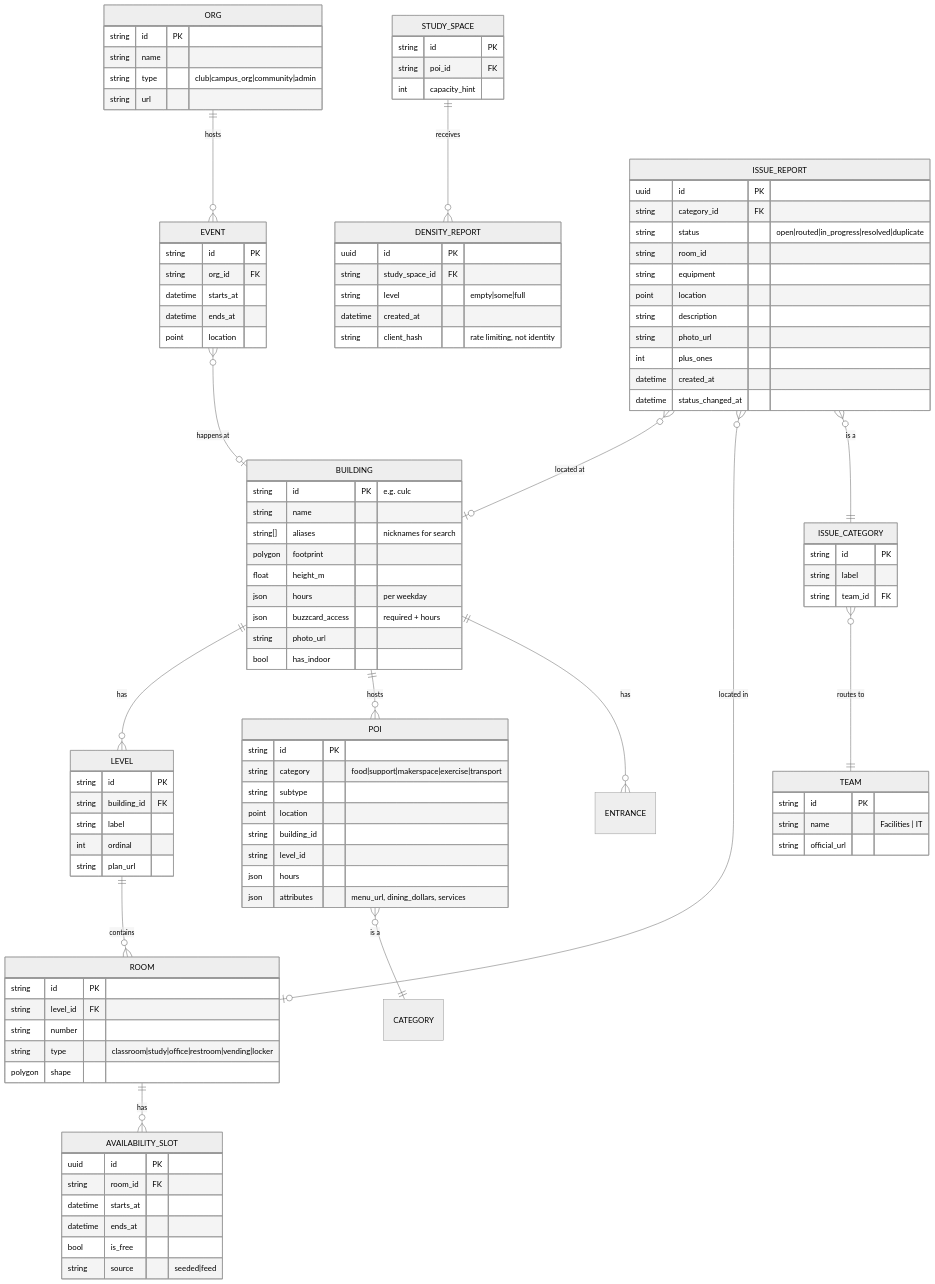
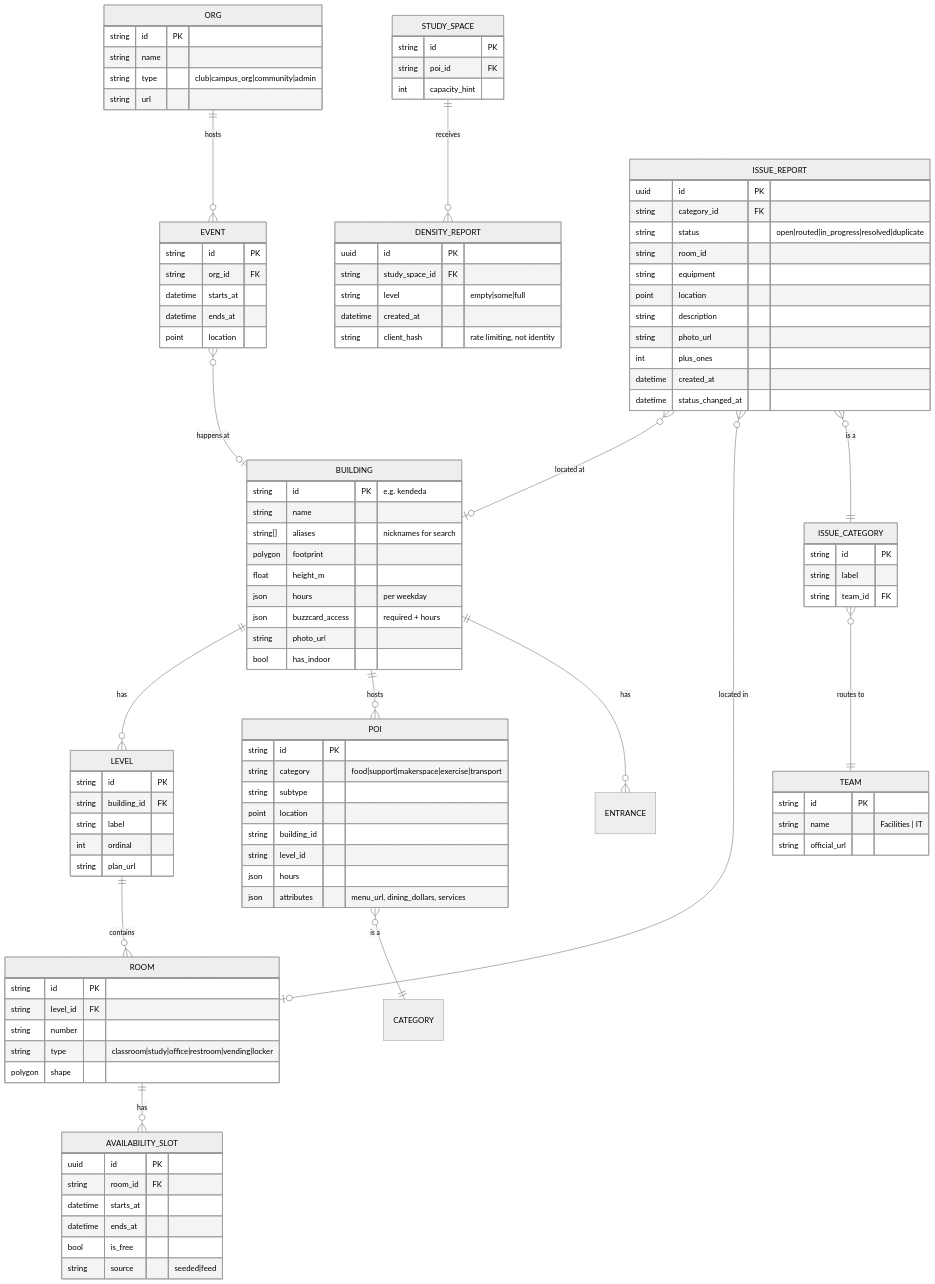
Before and after one commit to davidreinagarcia/cims: the third of 3 diagrams in docs/04-architecture.md, drawn with Mermaid (neutral theme). The commit also changed other lines of this file and 12 other files, not shown here.

````diff
--- a/docs/04-architecture.md
+++ b/docs/04-architecture.md
@@ -83,39 +83,39 @@
 ```mermaid
 erDiagram
   BUILDING ||--o{ LEVEL : has
   LEVEL ||--o{ ROOM : contains
   BUILDING ||--o{ POI : hosts
   BUILDING ||--o{ ENTRANCE : has
   POI }o--|| CATEGORY : "is a"
   ORG ||--o{ EVENT : hosts
   EVENT }o--o| BUILDING : "happens at"
   STUDY_SPACE ||--o{ DENSITY_REPORT : receives
   ISSUE_REPORT }o--o| BUILDING : "located at"
   ISSUE_REPORT }o--o| ROOM : "located in"
   ISSUE_REPORT }o--|| ISSUE_CATEGORY : "is a"
   ISSUE_CATEGORY }o--|| TEAM : "routes to"
   ROOM ||--o{ AVAILABILITY_SLOT : "has"
 
   BUILDING {
-    string id PK "e.g. culc"
+    string id PK "e.g. kendeda"
     string name
     string[] aliases "nicknames for search"
     polygon footprint
     float height_m
     json hours "per weekday"
     json buzzcard_access "required + hours"
     string photo_url
     bool has_indoor
   }
   LEVEL { string id PK  string building_id FK  string label  int ordinal  string plan_url }
   ROOM { string id PK  string level_id FK  string number  string type "classroom|study|office|restroom|vending|locker"  polygon shape }
   POI { string id PK  string category "food|support|makerspace|exercise|transport"  string subtype  point location  string building_id  string level_id  json hours  json attributes "menu_url, dining_dollars, services" }
   ORG { string id PK  string name  string type "club|campus_org|community|admin"  string url }
   EVENT { string id PK  string org_id FK  datetime starts_at  datetime ends_at  point location }
   STUDY_SPACE { string id PK  string poi_id FK  int capacity_hint }
   DENSITY_REPORT { uuid id PK  string study_space_id FK  string level "empty|some|full"  datetime created_at  string client_hash "rate limiting, not identity" }
   ISSUE_REPORT { uuid id PK  string category_id FK  string status "open|routed|in_progress|resolved|duplicate"  string room_id  string equipment  point location  string description  string photo_url  int plus_ones  datetime created_at  datetime status_changed_at }
   ISSUE_CATEGORY { string id PK  string label  string team_id FK }
   TEAM { string id PK  string name "Facilities | IT"  string official_url }
   AVAILABILITY_SLOT { uuid id PK  string room_id FK  datetime starts_at  datetime ends_at  bool is_free  string source "seeded|feed" }
 ```
````
